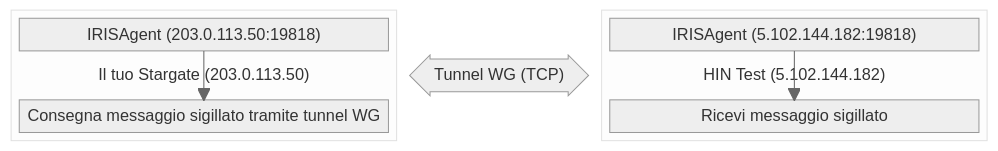
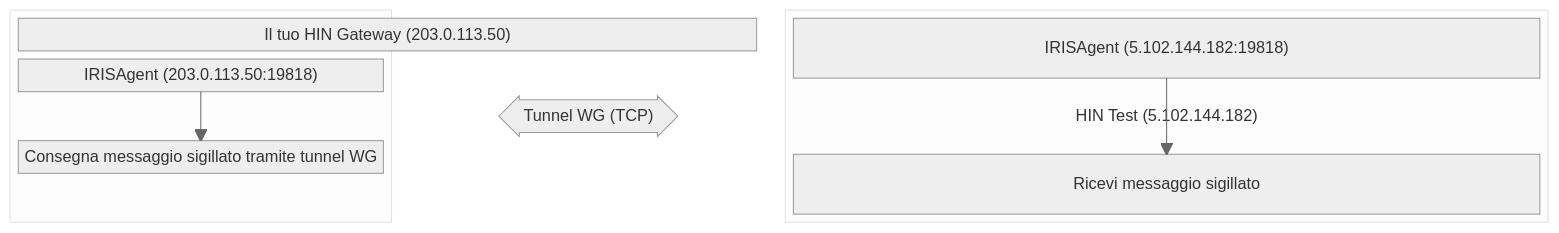
One commit to Health-Info-Net-AG/Stargate-deployment changed the first of 2 diagrams in docs/it/Docker-advanced.md. Above: the diagram before and after it, drawn with Mermaid (neutral theme). The commit also changed other lines of this file and 64 other files, not shown here.

Commit message:
All "Stargates" replaced with "HIN Gateway", also with `(?<![/\w-])Stargate(?![/\w-])` rule.

````diff
--- a/docs/it/Docker-advanced.md
+++ b/docs/it/Docker-advanced.md
@@ -457,23 +461,23 @@
 ```mermaid
 block
 columns 5
-  block:Stargate["Il tuo Stargate (203.0.113.50)"]:2
+  block:HIN Gateway["Il tuo HIN Gateway (203.0.113.50)"]:2
     columns 1
     A
     space
     A --> B
     A["IRISAgent (203.0.113.50:19818)"]
     B["Consegna messaggio sigillato tramite tunnel WG"]
   end
 
   blockArrowId1<["Tunnel WG (TCP)"]>(x):1
 
   block:mxengine["HIN Test (5.102.144.182)"]:2
     columns 1
     C
     space
     C --> D
     C["IRISAgent (5.102.144.182:19818)"]
     D["Ricevi messaggio sigillato"]
   end
 ```
````
